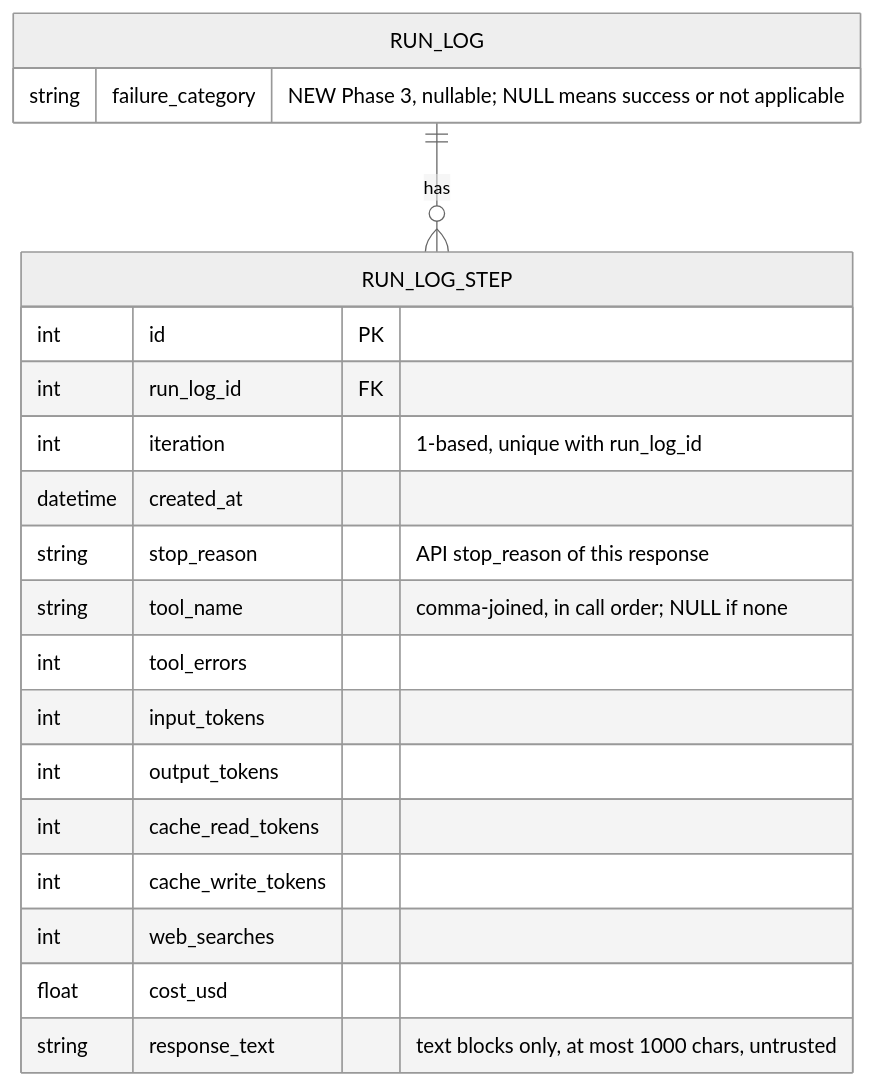
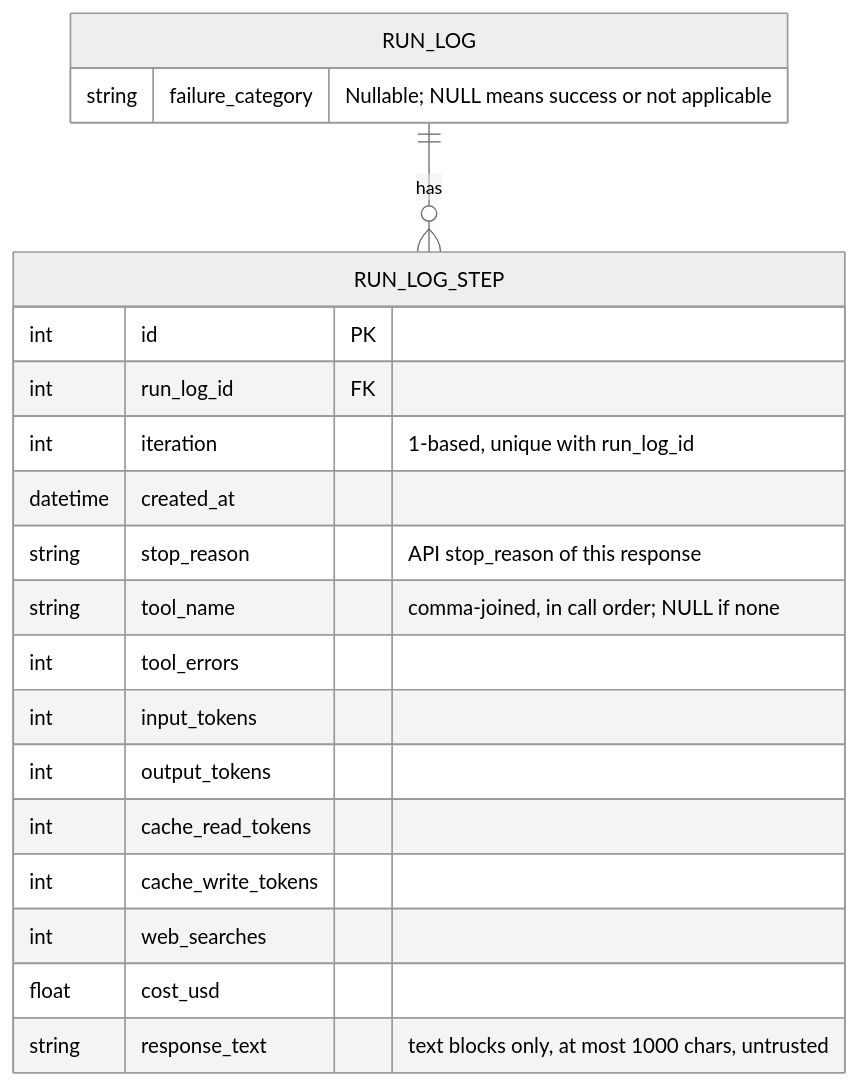
The second of 3 diagrams in docs/architecture/data-model.md (Farzaanee/sprout), drawn with Mermaid (neutral theme) before and after one commit. The commit also changed other lines of this file and 10 other files, not shown here.

````diff
--- a/docs/architecture/data-model.md
+++ b/docs/architecture/data-model.md
@@ -80,23 +78,23 @@
 ```mermaid
 erDiagram
     RUN_LOG ||--o{ RUN_LOG_STEP : has
     RUN_LOG {
-        string failure_category "NEW Phase 3, nullable; NULL means success or not applicable"
+        string failure_category "Nullable; NULL means success or not applicable"
     }
     RUN_LOG_STEP {
         int id PK
         int run_log_id FK
         int iteration "1-based, unique with run_log_id"
         datetime created_at
         string stop_reason "API stop_reason of this response"
         string tool_name "comma-joined, in call order; NULL if none"
         int tool_errors
         int input_tokens
         int output_tokens
         int cache_read_tokens
         int cache_write_tokens
         int web_searches
         float cost_usd
         string response_text "text blocks only, at most 1000 chars, untrusted"
     }
 ```
````
